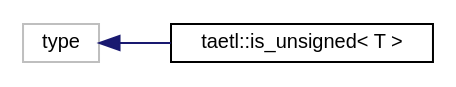
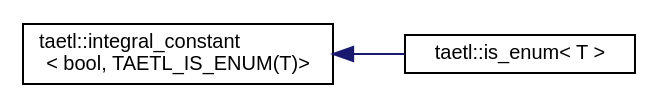
Before and after one commit to tobanteAudio/taetl: the diagram in inherit_graph_26.dot, drawn with Graphviz. The commit also changed 127 other files, not shown here.

```diff
--- a/inherit_graph_26.dot
+++ b/inherit_graph_26.dot
@@ -1,9 +1,9 @@
 digraph "Graphical Class Hierarchy"
 {
   edge [fontname="Helvetica",fontsize="10",labelfontname="Helvetica",labelfontsize="10"];
   node [fontname="Helvetica",fontsize="10",shape=record];
   rankdir="LR";
-  Node2 [label="type",height=0.2,width=0.4,color="grey75", fillcolor="white", style="filled"];
-  Node2 -> Node0 [dir="back",color="midnightblue",fontsize="10",style="solid",fontname="Helvetica"];
-  Node0 [label="taetl::is_unsigned\< T \>",height=0.2,width=0.4,color="black", fillcolor="white", style="filled",URL="$structtaetl_1_1is__unsigned.html",tooltip="If T is an arithmetic type, provides the member constant value equal to true if T(0) < T(-1): this re..."];
+  Node0 [label="taetl::integral_constant\l\< bool, TAETL_IS_ENUM(T)\>",height=0.2,width=0.4,color="black", fillcolor="white", style="filled",URL="$structtaetl_1_1integral__constant.html"];
+  Node0 -> Node1 [dir="back",color="midnightblue",fontsize="10",style="solid",fontname="Helvetica"];
+  Node1 [label="taetl::is_enum\< T \>",height=0.2,width=0.4,color="black", fillcolor="white", style="filled",URL="$structtaetl_1_1is__enum.html"];
 }
```
